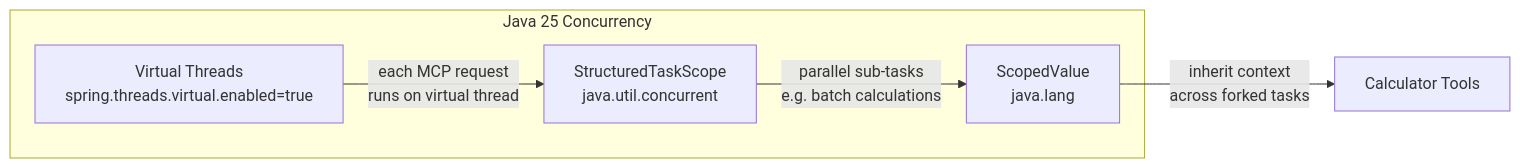
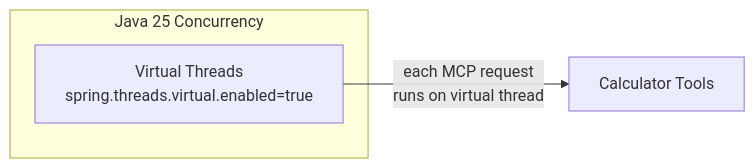
Before and after one commit to farchanjo/math-calculator: the second of 7 diagrams in docs/architecture.md, drawn with Mermaid. The commit also changed other lines of this file and 3 other files, not shown here.

First line of the commit message:
docs(project): update docs for McpToolConfig and fix Mermaid diagrams

````diff
--- a/docs/architecture.md
+++ b/docs/architecture.md
@@ -31,11 +31,7 @@
 ```mermaid
 graph LR
     subgraph "Java 25 Concurrency"
         VT[Virtual Threads<br/>spring.threads.virtual.enabled=true]
-        SC[StructuredTaskScope<br/>java.util.concurrent]
-        SV[ScopedValue<br/>java.lang]
     end
-    VT --> |"each MCP request<br/>runs on virtual thread"| SC
-    SC --> |"parallel sub-tasks<br/>e.g. batch calculations"| SV
-    SV --> |"inherit context<br/>across forked tasks"| TOOL[Calculator Tools]
+    VT --> |"each MCP request<br/>runs on virtual thread"| TOOL[Calculator Tools]
 ```
````
